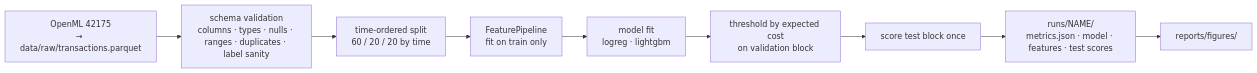
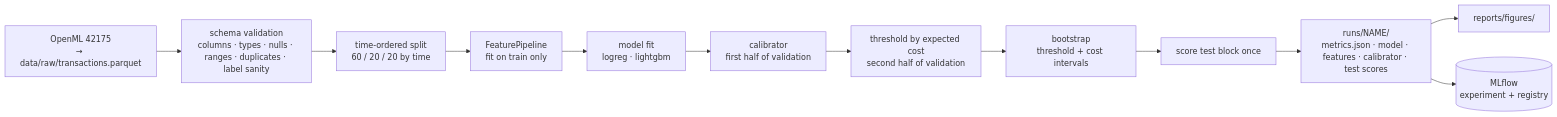
One commit to kiran-bal/fraud-detection-platform changed the diagram in README.md. Above: the diagram before and after it, drawn with Mermaid. The commit also changed other lines of this file and 36 other files, not shown here.

Commit message:
Stage 2: MLflow tracking and registry with a promotion gate, sigmoid/isotonic calibration on a held-out half, bootstrap intervals on threshold and cost

````diff
--- a/README.md
+++ b/README.md
@@ -27,11 +27,14 @@
 ```mermaid
 flowchart LR
     SRC[OpenML 42175<br/>→ data/raw/transactions.parquet] --> VAL[schema validation<br/>columns · types · nulls · ranges · duplicates · label sanity]
     VAL --> SPLIT[time-ordered split<br/>60 / 20 / 20 by time]
     SPLIT --> FEAT[FeaturePipeline<br/>fit on train only]
     FEAT --> FIT[model fit<br/>logreg · lightgbm]
-    FIT --> THR[threshold by expected cost<br/>on validation block]
-    THR --> TEST[score test block once]
-    TEST --> ART[runs/NAME/<br/>metrics.json · model · features · test scores]
+    FIT --> CAL[calibrator<br/>first half of validation]
+    CAL --> THR[threshold by expected cost<br/>second half of validation]
+    THR --> BOOT[bootstrap<br/>threshold + cost intervals]
+    BOOT --> TEST[score test block once]
+    TEST --> ART[runs/NAME/<br/>metrics.json · model · features · calibrator · test scores]
     ART --> FIG[reports/figures/]
+    ART --> ML[(MLflow<br/>experiment + registry)]
 ```
````
